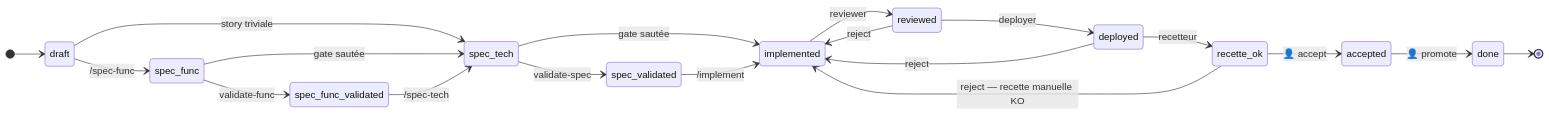
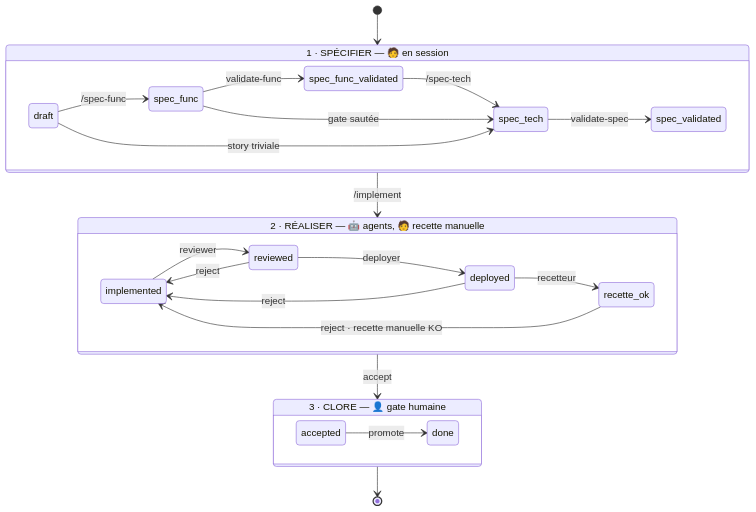
Before and after one commit to harry-agentic-factory/harry-sdlc-local: the second of 2 diagrams in README.md, drawn with Mermaid. The commit also changed other lines of this file, not shown here.

````diff
--- a/README.md
+++ b/README.md
@@ -103,23 +97,29 @@
 ```mermaid
 stateDiagram-v2
-    direction LR
-    [*] --> draft
-    draft --> spec_func : /spec-func
-    draft --> spec_tech : story triviale
-    spec_func --> spec_func_validated : validate-func
-    spec_func --> spec_tech : gate sautée
-    spec_func_validated --> spec_tech : /spec-tech
-    spec_tech --> spec_validated : validate-spec
-    spec_tech --> implemented : gate sautée
-    spec_validated --> implemented : /implement
-    implemented --> reviewed : reviewer
-    reviewed --> deployed : deployer
-    deployed --> recette_ok : recetteur
-    recette_ok --> accepted : 👤 accept
-    accepted --> done : 👤 promote
-    done --> [*]
-
-    reviewed --> implemented : reject
-    deployed --> implemented : reject
-    recette_ok --> implemented : reject — recette manuelle KO
+    [*] --> SPEC
+    state "1 · SPÉCIFIER — 🧑 en session" as SPEC {
+        direction LR
+        draft --> spec_func : /spec-func
+        spec_func --> spec_func_validated : validate-func
+        spec_func_validated --> spec_tech : /spec-tech
+        spec_tech --> spec_validated : validate-spec
+        draft --> spec_tech : story triviale
+        spec_func --> spec_tech : gate sautée
+    }
+    state "2 · RÉALISER — 🤖 agents, 🧑 recette manuelle" as BUILD {
+        direction LR
+        implemented --> reviewed : reviewer
+        reviewed --> deployed : deployer
+        deployed --> recette_ok : recetteur
+        reviewed --> implemented : reject
+        deployed --> implemented : reject
+        recette_ok --> implemented : reject · recette manuelle KO
+    }
+    state "3 · CLORE — 👤 gate humaine" as CLOSE {
+        direction LR
+        accepted --> done : promote
+    }
+    SPEC --> BUILD : /implement
+    BUILD --> CLOSE : accept
+    CLOSE --> [*]
 ```
````
